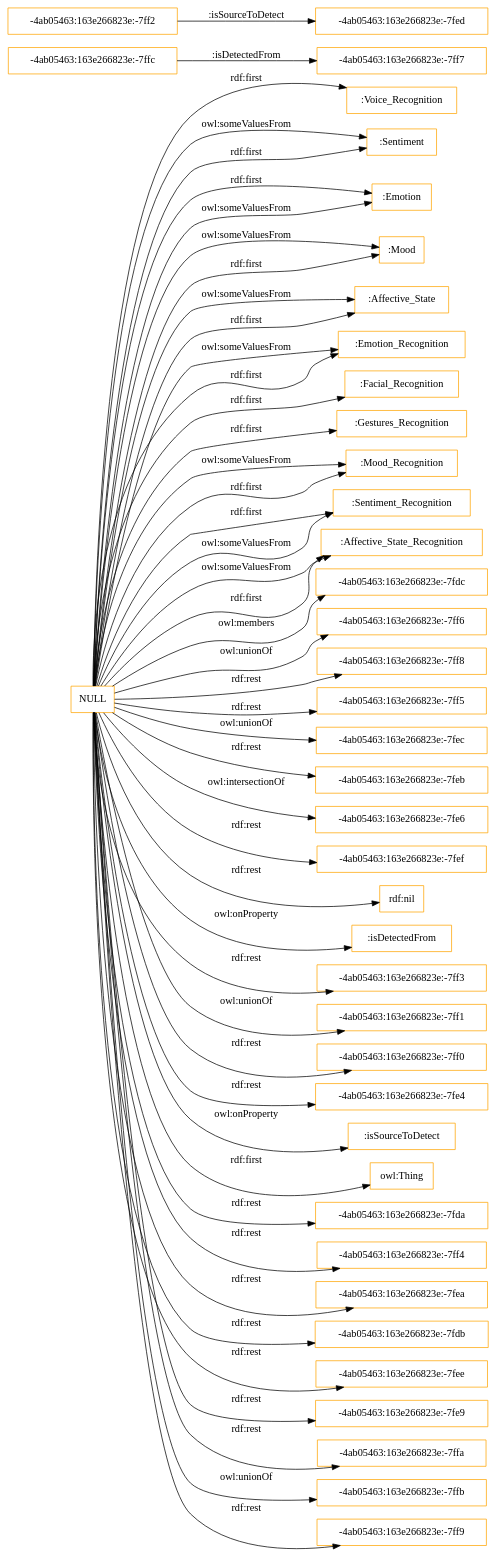
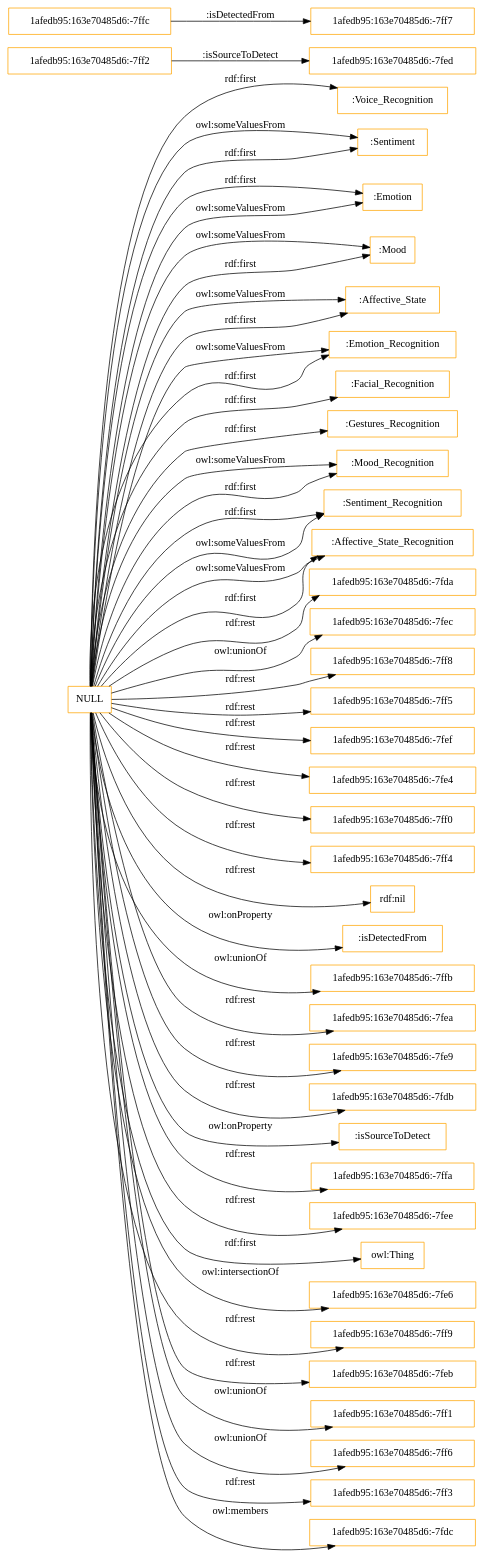
Before and after one commit to rana-othman/HASIO-Modularization: the diagram in OnToology/Affective_States_Recognition_Module.owl/diagrams/ar2dtool-class/Affective_States_Recognition_Module.owl.png.dot, drawn with Graphviz. The commit also changed 97 other files, not shown here.

```diff
--- a/OnToology/Affective_States_Recognition_Module.owl/diagrams/ar2dtool-class/Affective_States_Recognition_Module.owl.png.dot
+++ b/OnToology/Affective_States_Recognition_Module.owl/diagrams/ar2dtool-class/Affective_States_Recognition_Module.owl.png.dot
@@ -1,52 +1,52 @@
 digraph ar2dtool_diagram { 
 rankdir=LR;
 size="1501"
-node [shape = rectangle, color="orange"]; ":Voice_Recognition" ":Sentiment" "-4ab05463:163e266823e:-7ffc" ":Emotion" ":Mood" ":Affective_State" ":Emotion_Recognition" ":Facial_Recognition" "-4ab05463:163e266823e:-7ff7" "-4ab05463:163e266823e:-7fed" ":Gestures_Recognition" ":Mood_Recognition" ":Sentiment_Recognition" "-4ab05463:163e266823e:-7ff2" ":Affective_State_Recognition" ; /*classes style*/
-	"NULL" -> "-4ab05463:163e266823e:-7fdc" [ label = "owl:members" ];
+node [shape = rectangle, color="orange"]; ":Voice_Recognition" ":Sentiment" "1afedb95:163e70485d6:-7ff2" ":Emotion" ":Mood" "1afedb95:163e70485d6:-7ff7" ":Affective_State" ":Emotion_Recognition" "1afedb95:163e70485d6:-7fed" ":Facial_Recognition" "1afedb95:163e70485d6:-7ffc" ":Gestures_Recognition" ":Mood_Recognition" ":Sentiment_Recognition" ":Affective_State_Recognition" ; /*classes style*/
+	"NULL" -> "1afedb95:163e70485d6:-7fda" [ label = "rdf:rest" ];
+	"NULL" -> "1afedb95:163e70485d6:-7fec" [ label = "owl:unionOf" ];
+	"NULL" -> "1afedb95:163e70485d6:-7ff8" [ label = "rdf:rest" ];
 	"NULL" -> ":Sentiment_Recognition" [ label = "rdf:first" ];
+	"NULL" -> "1afedb95:163e70485d6:-7ff5" [ label = "rdf:rest" ];
 	"NULL" -> ":Voice_Recognition" [ label = "rdf:first" ];
 	"NULL" -> ":Mood_Recognition" [ label = "owl:someValuesFrom" ];
-	"NULL" -> "-4ab05463:163e266823e:-7ff6" [ label = "owl:unionOf" ];
 	"NULL" -> ":Emotion_Recognition" [ label = "owl:someValuesFrom" ];
-	"NULL" -> "-4ab05463:163e266823e:-7ff8" [ label = "rdf:rest" ];
+	"NULL" -> "1afedb95:163e70485d6:-7fef" [ label = "rdf:rest" ];
 	"NULL" -> ":Emotion_Recognition" [ label = "rdf:first" ];
-	"NULL" -> "-4ab05463:163e266823e:-7ff5" [ label = "rdf:rest" ];
-	"NULL" -> "-4ab05463:163e266823e:-7fec" [ label = "owl:unionOf" ];
-	"NULL" -> "-4ab05463:163e266823e:-7feb" [ label = "rdf:rest" ];
+	"NULL" -> "1afedb95:163e70485d6:-7fe4" [ label = "rdf:rest" ];
+	"NULL" -> "1afedb95:163e70485d6:-7ff0" [ label = "rdf:rest" ];
 	"NULL" -> ":Facial_Recognition" [ label = "rdf:first" ];
-	"NULL" -> "-4ab05463:163e266823e:-7fe6" [ label = "owl:intersectionOf" ];
-	"NULL" -> "-4ab05463:163e266823e:-7fef" [ label = "rdf:rest" ];
+	"NULL" -> "1afedb95:163e70485d6:-7ff4" [ label = "rdf:rest" ];
 	"NULL" -> "rdf:nil" [ label = "rdf:rest" ];
 	"NULL" -> ":isDetectedFrom" [ label = "owl:onProperty" ];
-	"NULL" -> "-4ab05463:163e266823e:-7ff3" [ label = "rdf:rest" ];
-	"NULL" -> "-4ab05463:163e266823e:-7ff1" [ label = "owl:unionOf" ];
+	"NULL" -> "1afedb95:163e70485d6:-7ffb" [ label = "owl:unionOf" ];
+	"NULL" -> "1afedb95:163e70485d6:-7fea" [ label = "rdf:rest" ];
 	"NULL" -> ":Mood" [ label = "owl:someValuesFrom" ];
-	"NULL" -> "-4ab05463:163e266823e:-7ff0" [ label = "rdf:rest" ];
 	"NULL" -> ":Emotion" [ label = "rdf:first" ];
-	"NULL" -> "-4ab05463:163e266823e:-7fe4" [ label = "rdf:rest" ];
 	"NULL" -> ":Sentiment" [ label = "owl:someValuesFrom" ];
+	"NULL" -> "1afedb95:163e70485d6:-7fe9" [ label = "rdf:rest" ];
+	"NULL" -> "1afedb95:163e70485d6:-7fdb" [ label = "rdf:rest" ];
 	"NULL" -> ":isSourceToDetect" [ label = "owl:onProperty" ];
+	"NULL" -> "1afedb95:163e70485d6:-7ffa" [ label = "rdf:rest" ];
+	"NULL" -> "1afedb95:163e70485d6:-7fee" [ label = "rdf:rest" ];
 	"NULL" -> "owl:Thing" [ label = "rdf:first" ];
-	"NULL" -> "-4ab05463:163e266823e:-7fda" [ label = "rdf:rest" ];
 	"NULL" -> ":Emotion" [ label = "owl:someValuesFrom" ];
-	"NULL" -> "-4ab05463:163e266823e:-7ff4" [ label = "rdf:rest" ];
+	"NULL" -> "1afedb95:163e70485d6:-7fe6" [ label = "owl:intersectionOf" ];
 	"NULL" -> ":Affective_State_Recognition" [ label = "owl:someValuesFrom" ];
 	"NULL" -> ":Affective_State" [ label = "owl:someValuesFrom" ];
+	"NULL" -> "1afedb95:163e70485d6:-7ff9" [ label = "rdf:rest" ];
+	"NULL" -> "1afedb95:163e70485d6:-7feb" [ label = "rdf:rest" ];
+	"NULL" -> "1afedb95:163e70485d6:-7ff1" [ label = "owl:unionOf" ];
 	"NULL" -> ":Mood_Recognition" [ label = "rdf:first" ];
-	"NULL" -> "-4ab05463:163e266823e:-7fea" [ label = "rdf:rest" ];
-	"NULL" -> "-4ab05463:163e266823e:-7fdb" [ label = "rdf:rest" ];
 	"NULL" -> ":Gestures_Recognition" [ label = "rdf:first" ];
 	"NULL" -> ":Sentiment_Recognition" [ label = "owl:someValuesFrom" ];
+	"NULL" -> "1afedb95:163e70485d6:-7ff6" [ label = "owl:unionOf" ];
+	"NULL" -> "1afedb95:163e70485d6:-7ff3" [ label = "rdf:rest" ];
 	"NULL" -> ":Mood" [ label = "rdf:first" ];
-	"NULL" -> "-4ab05463:163e266823e:-7fee" [ label = "rdf:rest" ];
-	"NULL" -> "-4ab05463:163e266823e:-7fe9" [ label = "rdf:rest" ];
 	"NULL" -> ":Affective_State_Recognition" [ label = "rdf:first" ];
 	"NULL" -> ":Affective_State" [ label = "rdf:first" ];
-	"NULL" -> "-4ab05463:163e266823e:-7ffa" [ label = "rdf:rest" ];
-	"NULL" -> "-4ab05463:163e266823e:-7ffb" [ label = "owl:unionOf" ];
 	"NULL" -> ":Sentiment" [ label = "rdf:first" ];
-	"NULL" -> "-4ab05463:163e266823e:-7ff9" [ label = "rdf:rest" ];
-	"-4ab05463:163e266823e:-7ffc" -> "-4ab05463:163e266823e:-7ff7" [ label = ":isDetectedFrom" ];
-	"-4ab05463:163e266823e:-7ff2" -> "-4ab05463:163e266823e:-7fed" [ label = ":isSourceToDetect" ];
+	"NULL" -> "1afedb95:163e70485d6:-7fdc" [ label = "owl:members" ];
+	"1afedb95:163e70485d6:-7ffc" -> "1afedb95:163e70485d6:-7ff7" [ label = ":isDetectedFrom" ];
+	"1afedb95:163e70485d6:-7ff2" -> "1afedb95:163e70485d6:-7fed" [ label = ":isSourceToDetect" ];
 
 }
```
